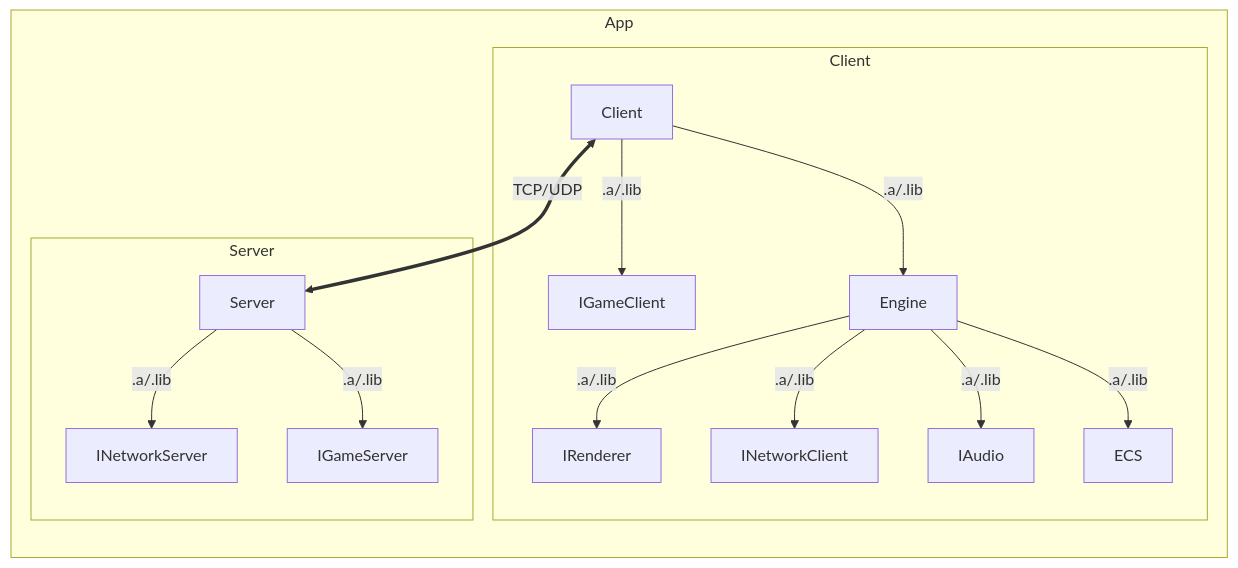
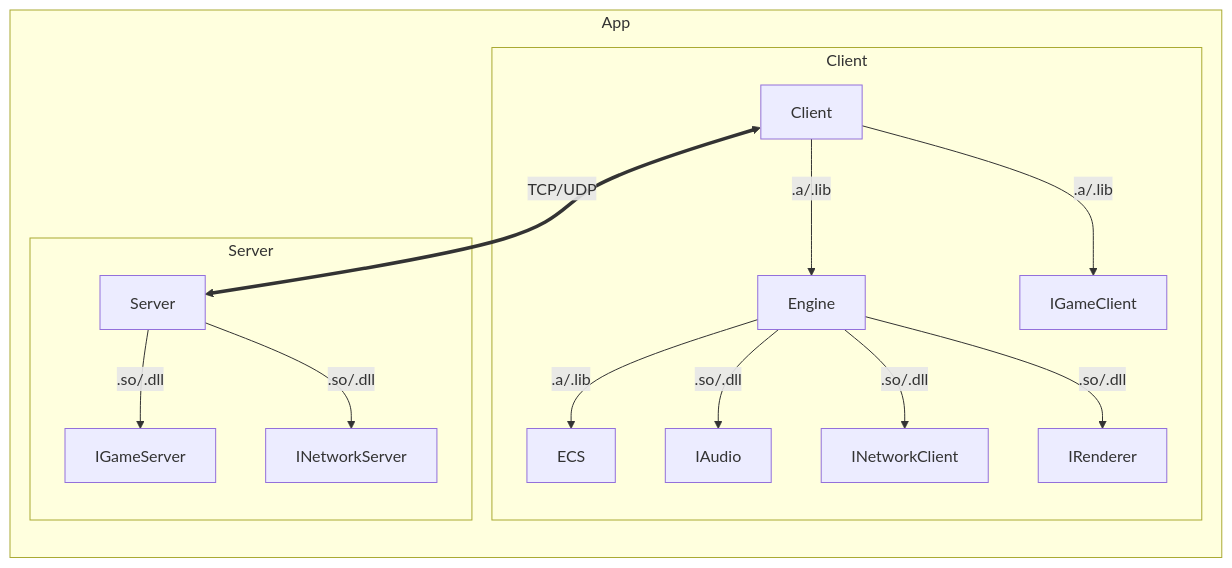
Before and after one commit to bobis33/R-Type: the diagram in README.md, drawn with Mermaid. The commit also changed other lines of this file and 13 other files, not shown here.

````diff
--- a/README.md
+++ b/README.md
@@ -21,22 +21,22 @@
 ```mermaid
 flowchart LR
     subgraph App
         subgraph client [Client]
             A[Client]
-            A -->|.a/.lib| E[IGameClient]
             A -->|.a/.lib| B[Engine]
-            B -->|.a/.lib| D[IRenderer]
-            B -->|.a/.lib| F[INetworkClient]
-            B -->|.a/.lib| G[IAudio]
-            B -->|.a/.lib| K[ECS]
+            B -->|.a/.lib| C[ECS]
+            A -->|.a/.lib| D[IGameClient]
+            B -->|.so/.dll| E[IAudio]
+            B -->|.so/.dll| F[INetworkClient]
+            B -->|.so/.dll| G[IRenderer]
         end
     
         subgraph server [Server]
             H[Server]
-            H -->|.a/.lib| I[INetworkServer]
-            H -->|.a/.lib| J[IGameServer]
+            H -->|.so/.dll| I[IGameServer]
+            H -->|.so/.dll| J[INetworkServer]
         end
     
         A <==>|TCP/UDP| H
     end
 ```
````
